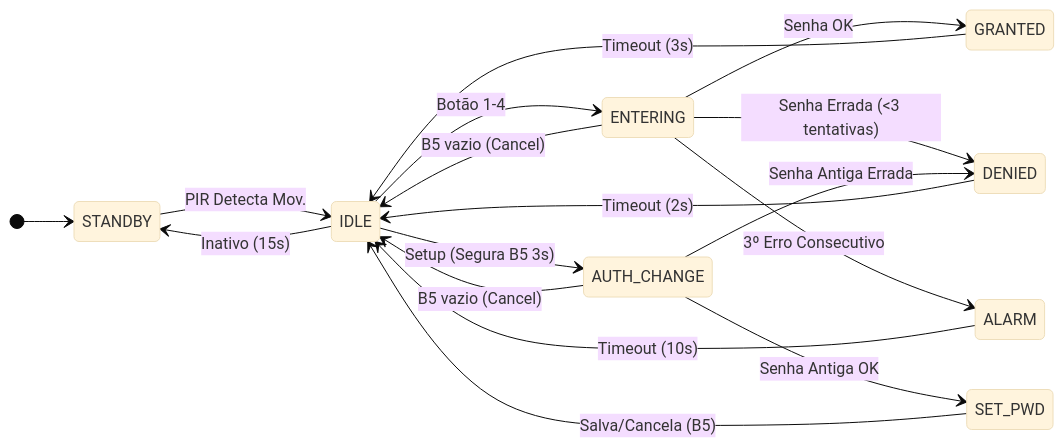
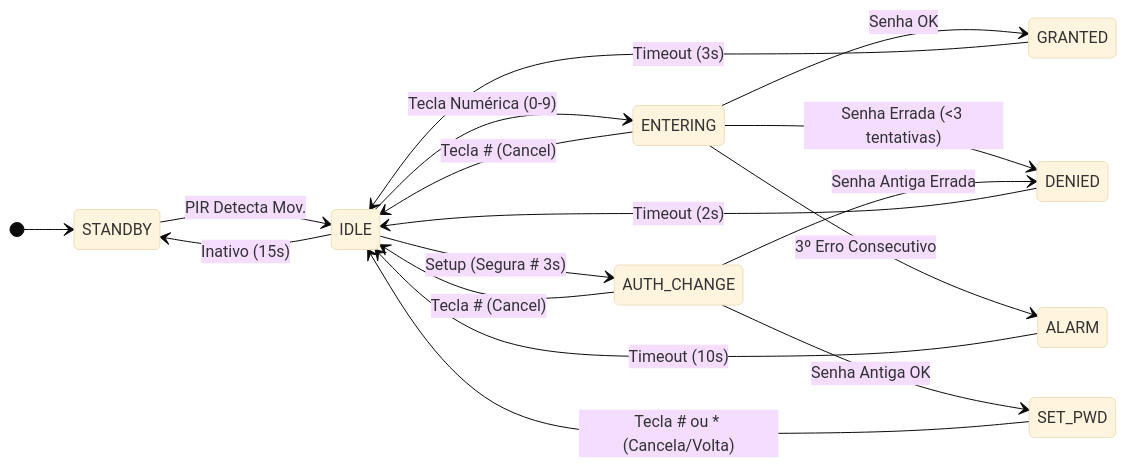
The diagram in README.md (Aqu4tro/processoseletivoIoT), drawn with Mermaid (base theme) before and after one commit. The commit also changed other lines of this file, not shown here.

````diff
--- a/README.md
+++ b/README.md
@@ -47,37 +36,37 @@
 ```mermaid
 stateDiagram-v2
     direction LR
 
     [*] --> SB
 
     %% Aliases para estados menores visivelmente
     state "STANDBY" as SB
     state "IDLE" as ID
     state "ENTERING" as EN
     state "GRANTED" as GR
     state "ALARM" as AL
     state "AUTH_CHANGE" as AU
     state "SET_PWD" as SE
     state "DENIED" as DE
 
     SB --> ID: PIR Detecta Mov.
     ID --> SB: Inativo (15s)
 
-    ID --> EN: Botão 1-4
-    EN --> ID: B5 vazio (Cancel)
+    ID --> EN: Tecla Numérica (0-9)
+    EN --> ID: Tecla # (Cancel)
 
     EN --> GR: Senha OK
     EN --> DE: Senha Errada (<3 tentativas)
     EN --> AL: 3º Erro Consecutivo
 
     DE --> ID: Timeout (2s)
     GR --> ID: Timeout (3s)
     AL --> ID: Timeout (10s)
 
-    ID --> AU: Setup (Segura B5 3s)
-    AU --> ID: B5 vazio (Cancel)
+    ID --> AU: Setup (Segura # 3s)
+    AU --> ID: Tecla # (Cancel)
     AU --> SE: Senha Antiga OK
     AU --> DE: Senha Antiga Errada
 
-    SE --> ID: Salva/Cancela (B5)
+    SE --> ID: Tecla # ou * (Cancela/Volta)
 ```
````
